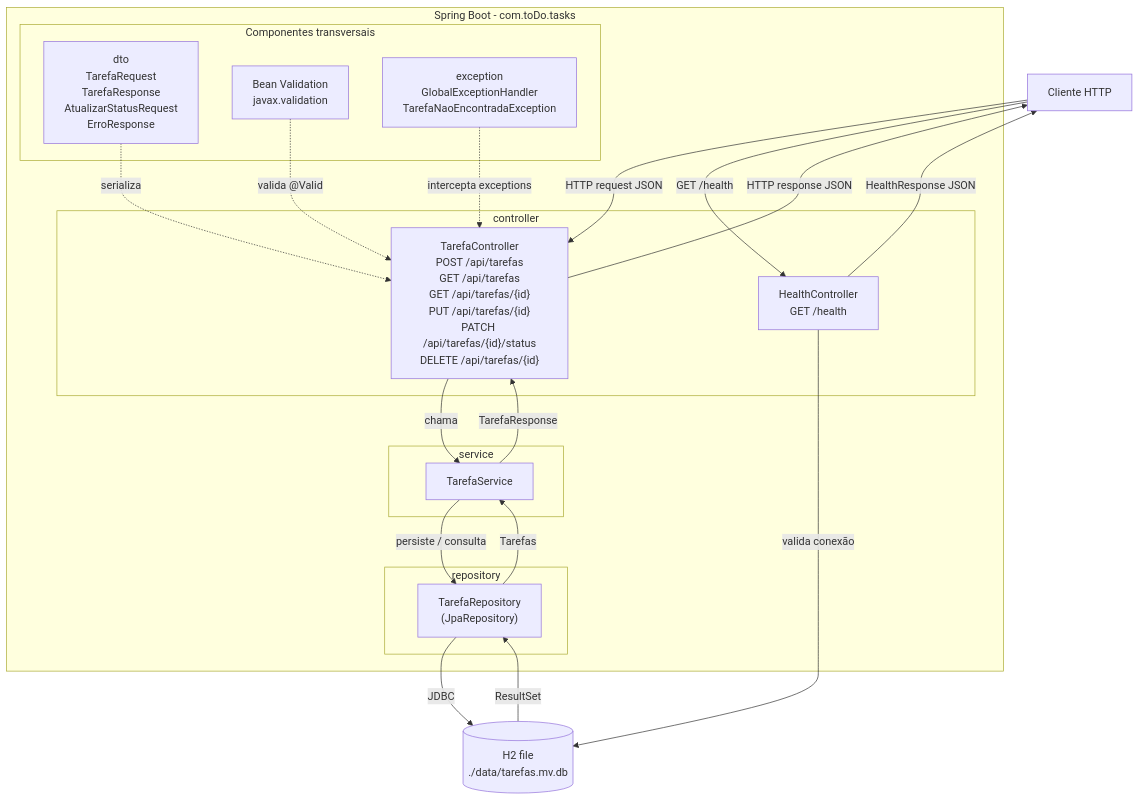
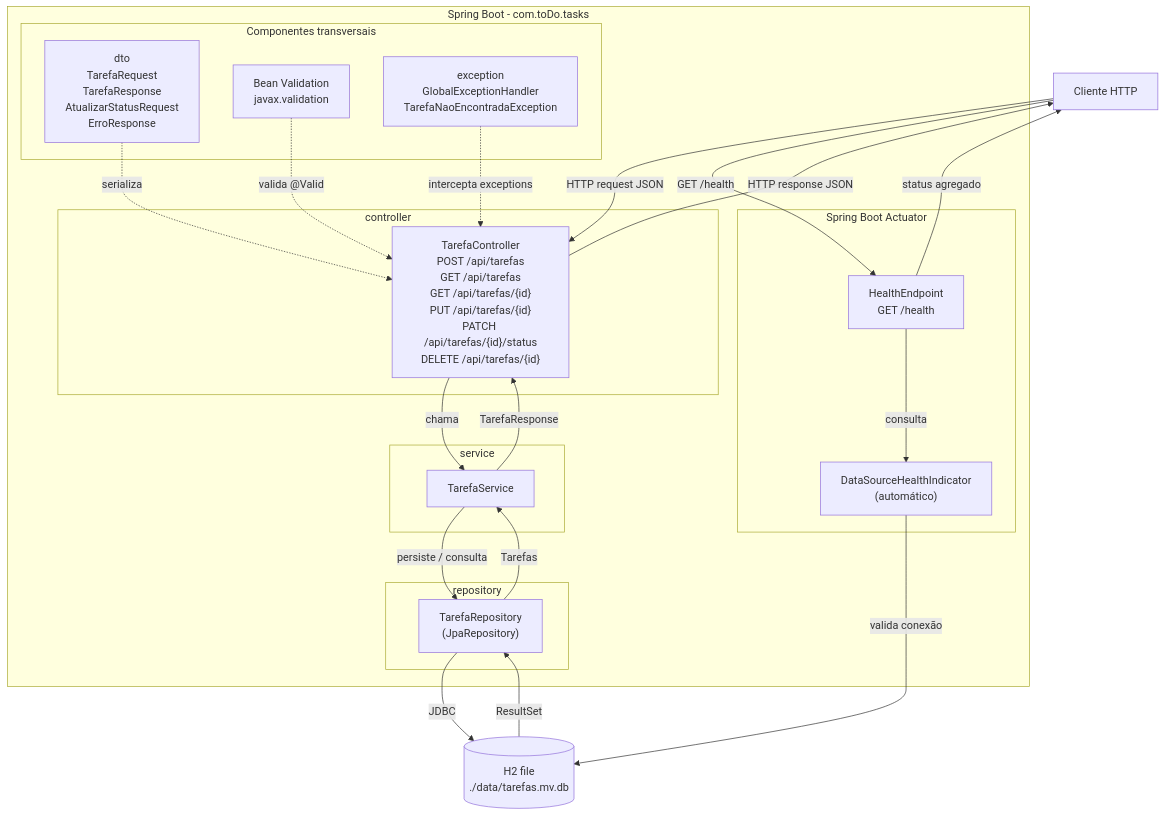
The first of 5 diagrams in docs/diagramas.md (marcosandre19/ToDo-IA-ms), drawn with Mermaid before and after one commit. The commit also changed other lines of this file and 3 other files, not shown here.

````diff
--- a/docs/diagramas.md
+++ b/docs/diagramas.md
@@ -9,44 +9,49 @@
 ```mermaid
 flowchart TD
     Cliente[Cliente HTTP]
 
     subgraph Aplicacao[Spring Boot - com.toDo.tasks]
         subgraph Controller[controller]
             TC["TarefaController<br/>POST /api/tarefas<br/>GET /api/tarefas<br/>GET /api/tarefas/{id}<br/>PUT /api/tarefas/{id}<br/>PATCH /api/tarefas/{id}/status<br/>DELETE /api/tarefas/{id}"]
-            HC["HealthController<br/>GET /health"]
+        end
+
+        subgraph Actuator[Spring Boot Actuator]
+            HE["HealthEndpoint<br/>GET /health"]
+            DHI["DataSourceHealthIndicator<br/>(automático)"]
         end
 
         subgraph Service[service]
             TS[TarefaService]
         end
 
         subgraph Repository[repository]
             TR["TarefaRepository<br/>(JpaRepository)"]
         end
 
         subgraph Transversais[Componentes transversais]
             DTO["dto<br/>TarefaRequest<br/>TarefaResponse<br/>AtualizarStatusRequest<br/>ErroResponse"]
             BV[Bean Validation<br/>javax.validation]
             GEH["exception<br/>GlobalExceptionHandler<br/>TarefaNaoEncontradaException"]
         end
     end
 
     H2[(H2 file<br/>./data/tarefas.mv.db)]
 
     Cliente -->|HTTP request JSON| TC
     TC -->|chama| TS
     TS -->|persiste / consulta| TR
     TR -->|JDBC| H2
     H2 -->|ResultSet| TR
     TR -->|Tarefas| TS
     TS -->|TarefaResponse| TC
     TC -->|HTTP response JSON| Cliente
 
-    Cliente -->|GET /health| HC
-    HC -->|valida conexão| H2
-    HC -->|HealthResponse JSON| Cliente
+    Cliente -->|GET /health| HE
+    HE -->|consulta| DHI
+    DHI -->|valida conexão| H2
+    HE -->|status agregado| Cliente
 
     DTO -.serializa.-> TC
     BV -.valida @Valid.-> TC
     GEH -.intercepta exceptions.-> TC
 ```
````
